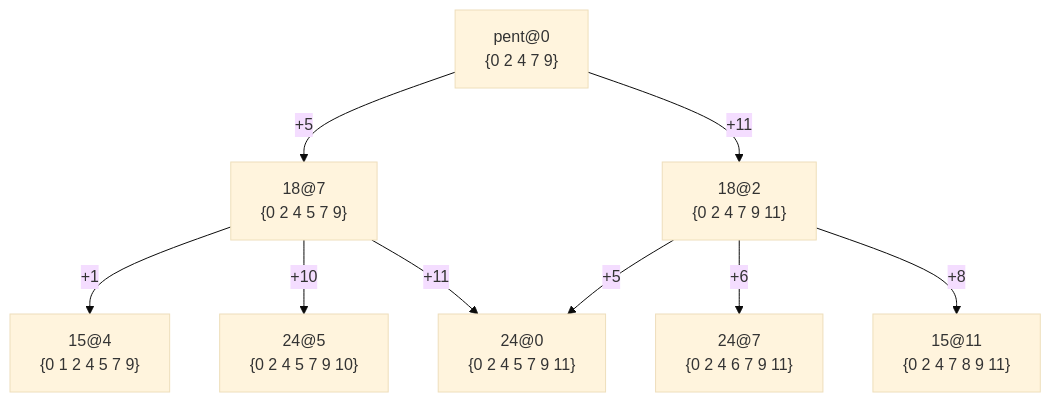
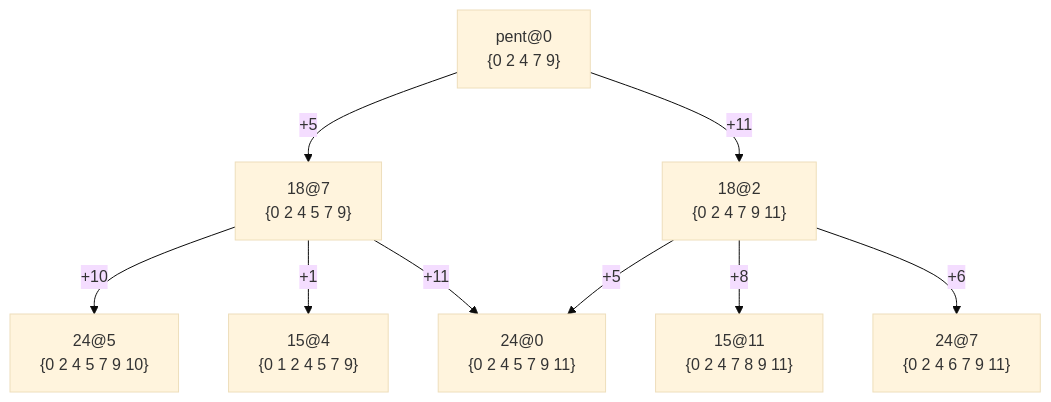
The diagram in website/docs/music/composition-adjacency-and-preference.mdx (jkvastad/Melodroid-3), drawn with Mermaid (base theme) before and after one commit. The commit also changed other lines of this file and 1 other file, not shown here.

````diff
--- a/website/docs/music/composition-adjacency-and-preference.mdx
+++ b/website/docs/music/composition-adjacency-and-preference.mdx
@@ -182,20 +180,20 @@
 ```mermaid
 flowchart TD
     P["pent@0<br/>{0 2 4 7 9}"]
     B18["18@7<br/>{0 2 4 5 7 9}"]
     A18["18@2<br/>{0 2 4 7 9 11}"]
     B15["15@4<br/>{0 1 2 4 5 7 9}"]
     B24["24@5<br/>{0 2 4 5 7 9 10}"]
     C24["24@0<br/>{0 2 4 5 7 9 11}"]
     A24["24@7<br/>{0 2 4 6 7 9 11}"]
     A15["15@11<br/>{0 2 4 7 8 9 11}"]
 
     P -- "+5" --> B18
     P -- "+11" --> A18
+    B18 -- "+10" --> B24
     B18 -- "+1" --> B15
-    B18 -- "+10" --> B24
     B18 -- "+11" --> C24
     A18 -- "+5" --> C24
+    A18 -- "+8" --> A15
     A18 -- "+6" --> A24
-    A18 -- "+8" --> A15
 ```
````
